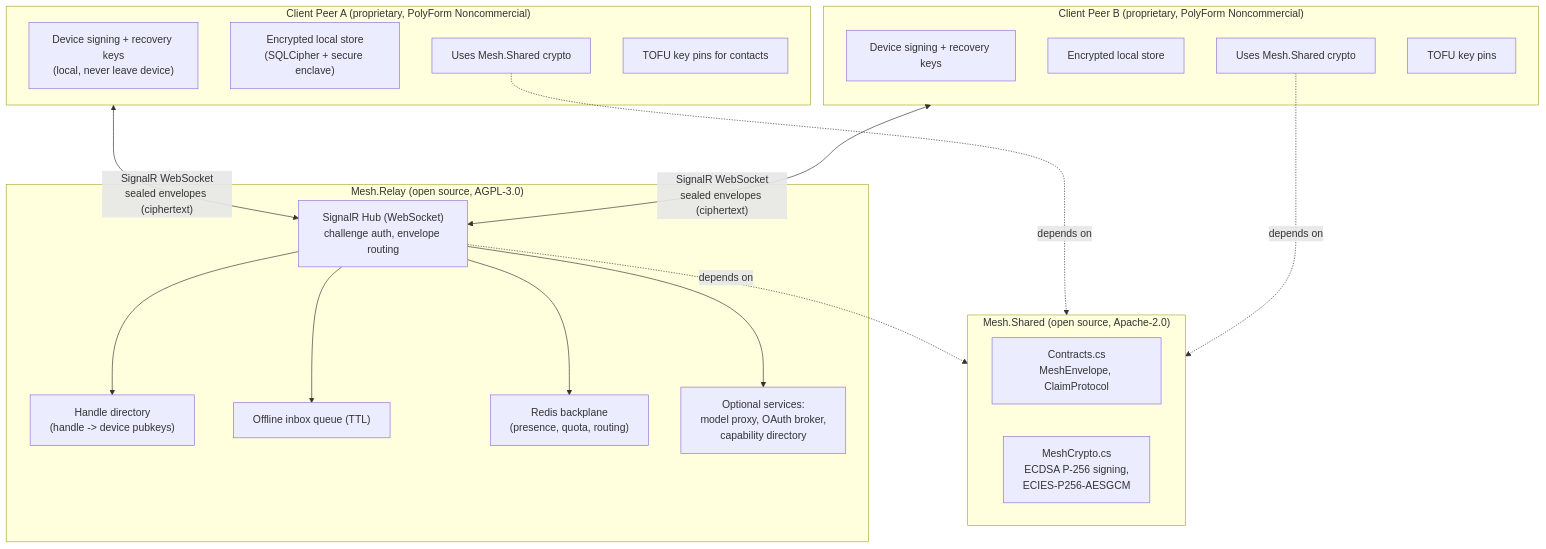
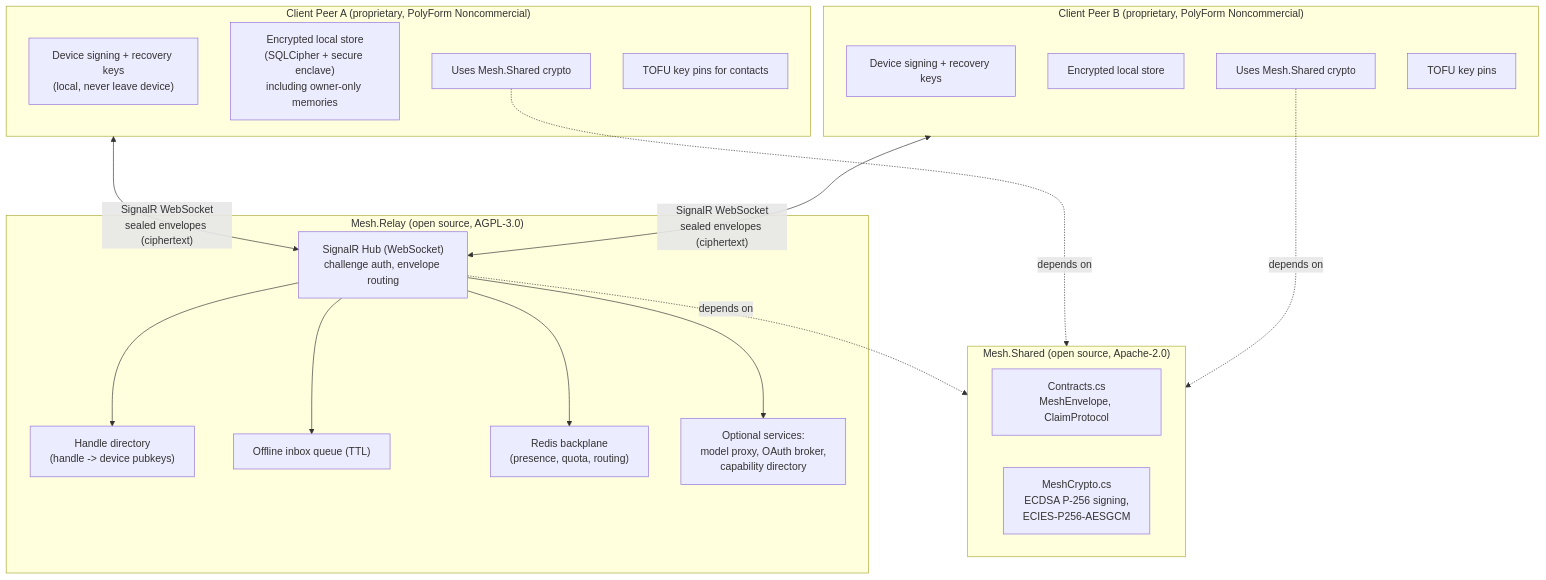
The first of 9 diagrams in docs/ARCHITECTURE-AND-SECURITY.md (ilyafainberg/Mesh), drawn with Mermaid before and after one commit. The commit also changed other lines of this file and 29 other files, not shown here.

````diff
--- a/docs/ARCHITECTURE-AND-SECURITY.md
+++ b/docs/ARCHITECTURE-AND-SECURITY.md
@@ -81,41 +81,41 @@
 ```mermaid
 flowchart TB
     subgraph ClientA["Client Peer A (proprietary, PolyForm Noncommercial)"]
         A_Keys["Device signing + recovery keys<br/>(local, never leave device)"]
-        A_Store["Encrypted local store<br/>(SQLCipher + secure enclave)"]
+        A_Store["Encrypted local store<br/>(SQLCipher + secure enclave)<br/>including owner-only memories"]
         A_Crypto["Uses Mesh.Shared crypto"]
         A_TOFU["TOFU key pins for contacts"]
     end
 
     subgraph ClientB["Client Peer B (proprietary, PolyForm Noncommercial)"]
         B_Keys["Device signing + recovery keys"]
         B_Store["Encrypted local store"]
         B_Crypto["Uses Mesh.Shared crypto"]
         B_TOFU["TOFU key pins"]
     end
 
     subgraph Shared["Mesh.Shared (open source, Apache-2.0)"]
         Contracts["Contracts.cs<br/>MeshEnvelope, ClaimProtocol"]
         Crypto["MeshCrypto.cs<br/>ECDSA P-256 signing,<br/>ECIES-P256-AESGCM"]
     end
 
     subgraph Relay["Mesh.Relay (open source, AGPL-3.0)"]
         Hub["SignalR Hub (WebSocket)<br/>challenge auth, envelope routing"]
         Dir["Handle directory<br/>(handle -> device pubkeys)"]
         Queue["Offline inbox queue (TTL)"]
         Backplane["Redis backplane<br/>(presence, quota, routing)"]
         OptSvc["Optional services:<br/>model proxy, OAuth broker,<br/>capability directory"]
     end
 
     A_Crypto -. depends on .-> Shared
     B_Crypto -. depends on .-> Shared
     Hub -. depends on .-> Shared
 
     ClientA <-->|"SignalR WebSocket<br/>sealed envelopes (ciphertext)"| Hub
     ClientB <-->|"SignalR WebSocket<br/>sealed envelopes (ciphertext)"| Hub
 
     Hub --> Dir
     Hub --> Queue
     Hub --> Backplane
     Hub --> OptSvc
 ```
````
